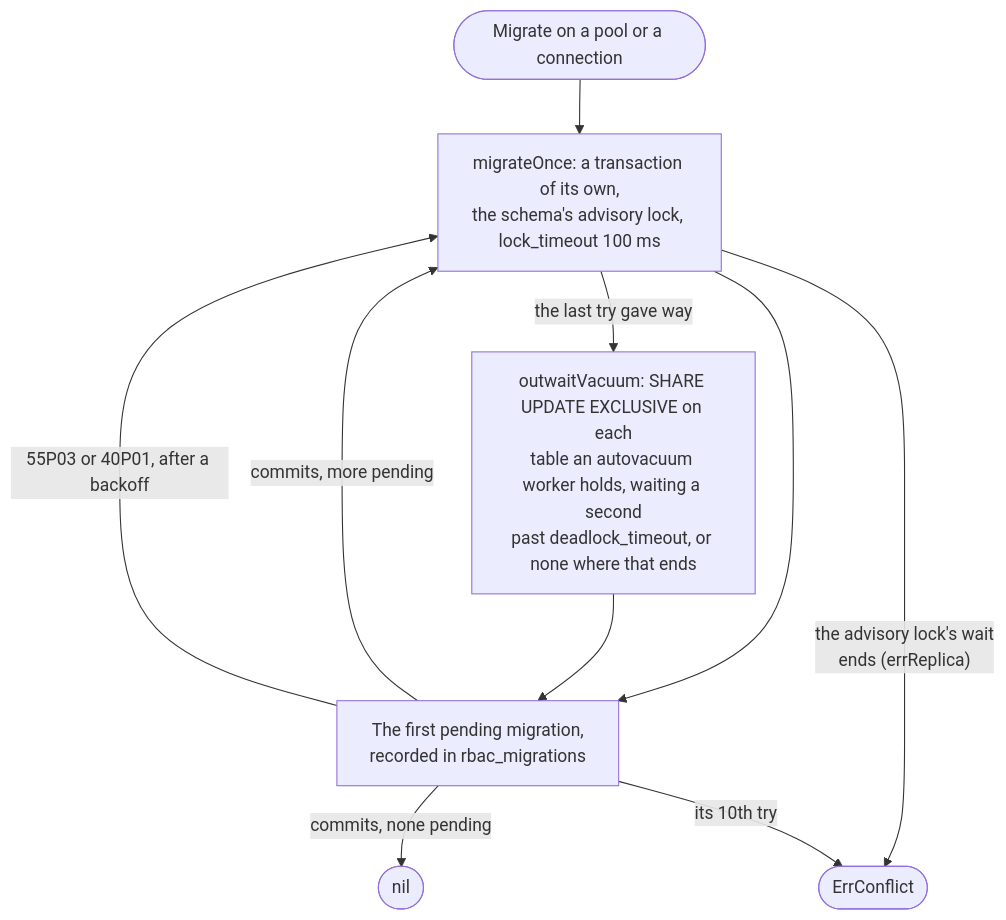
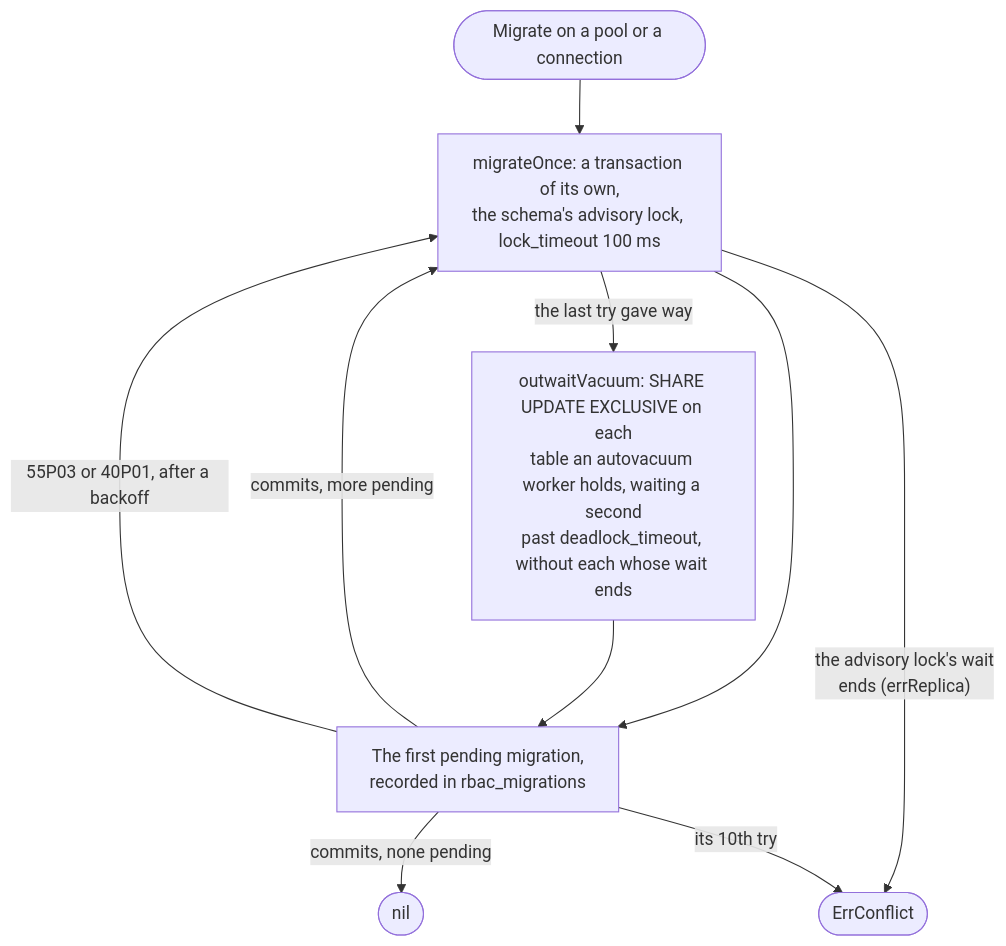
One commit to parallelworks/rbac changed diagram 12 of 14 in docs/architecture.md. Above: the diagram before and after it, drawn with Mermaid. The commit also changed other lines of this file and 3 other files, not shown here.

````diff
--- a/docs/architecture.md
+++ b/docs/architecture.md
@@ -646,12 +648,12 @@
 ```mermaid
 flowchart TB
     start(["Migrate on a pool or a connection"]) --> tx["migrateOnce: a transaction of its own,<br/>the schema's advisory lock, lock_timeout 100 ms"]
-    tx -->|"the last try gave way"| vac["outwaitVacuum: SHARE UPDATE EXCLUSIVE on each<br/>table an autovacuum worker holds, waiting a second<br/>past deadlock_timeout, or none where that ends"]
+    tx -->|"the last try gave way"| vac["outwaitVacuum: SHARE UPDATE EXCLUSIVE on each<br/>table an autovacuum worker holds, waiting a second<br/>past deadlock_timeout, without each whose wait ends"]
     tx --> one["The first pending migration,<br/>recorded in rbac_migrations"]
     vac --> one
     one -->|"commits, more pending"| tx
     one -->|"commits, none pending"| done(["nil"])
     tx -->|"the advisory lock's wait<br/>ends (errReplica)"| conflict(["ErrConflict"])
     one -->|"55P03 or 40P01, after a backoff"| tx
     one -->|"its 10th try"| conflict
 ```
````
